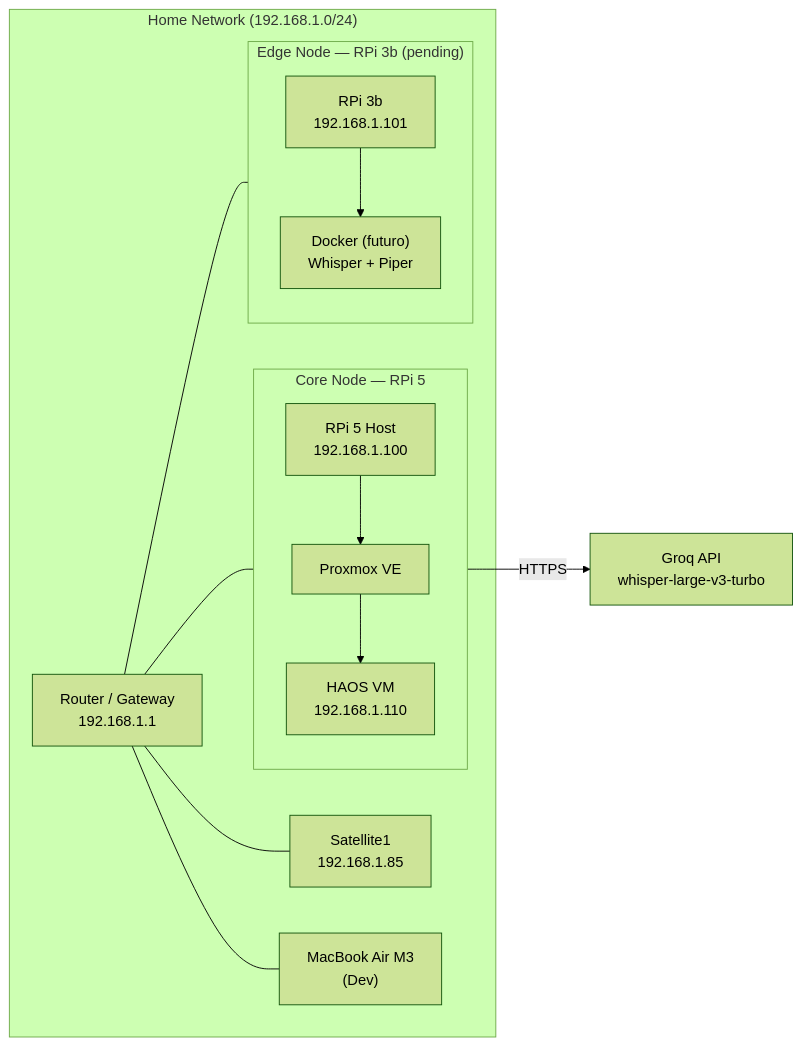
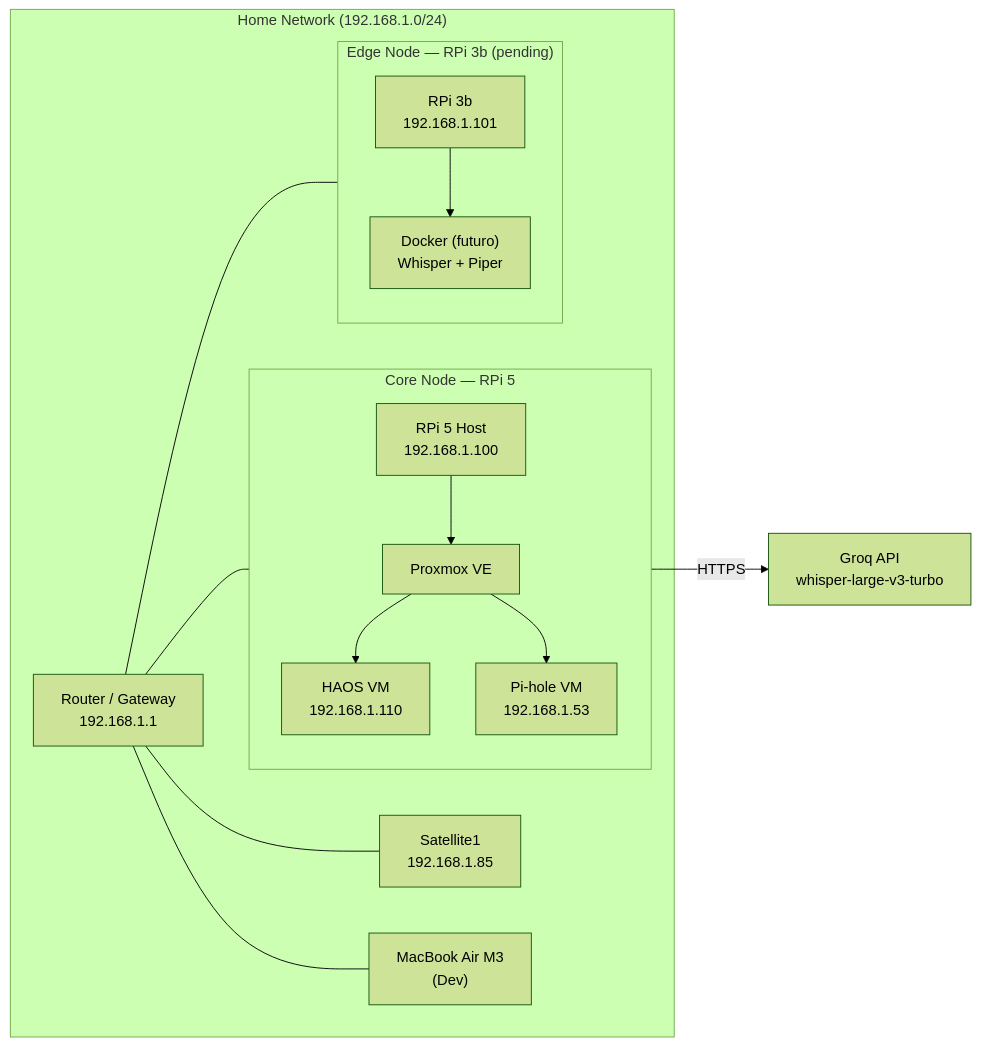
The first of 3 diagrams in docs/ARCHITECTURE.md (miguelandresgordon/WayneHomeLab), drawn with Mermaid (forest theme) before and after one commit. The commit also changed other lines of this file and 10 other files, not shown here.

````diff
--- a/docs/ARCHITECTURE.md
+++ b/docs/ARCHITECTURE.md
@@ -5,32 +5,35 @@
 ```mermaid
 graph LR
     subgraph LAN["Home Network (192.168.1.0/24)"]
         ROUTER["Router / Gateway<br/>192.168.1.1"]
 
         subgraph CORE["Core Node — RPi 5"]
             direction TB
             RPI5["RPi 5 Host<br/>192.168.1.100"]
             PVE["Proxmox VE"]
             HAOS_VM["HAOS VM<br/>192.168.1.110"]
-            RPI5 --> PVE --> HAOS_VM
+            PIHOLE_VM["Pi-hole VM<br/>192.168.1.53"]
+            RPI5 --> PVE
+            PVE --> HAOS_VM
+            PVE --> PIHOLE_VM
         end
 
         subgraph EDGE["Edge Node — RPi 3b (pending)"]
             direction TB
             RPI3["RPi 3b<br/>192.168.1.101"]
             DOCKER["Docker (futuro)<br/>Whisper + Piper"]
             RPI3 --> DOCKER
         end
 
         SAT["Satellite1<br/>192.168.1.85"]
         MAC["MacBook Air M3<br/>(Dev)"]
 
         ROUTER --- CORE
         ROUTER --- EDGE
         ROUTER --- SAT
         ROUTER --- MAC
     end
 
     GROQ["Groq API<br/>whisper-large-v3-turbo"]
     HAOS_VM -- "HTTPS" --> GROQ
 ```
````
